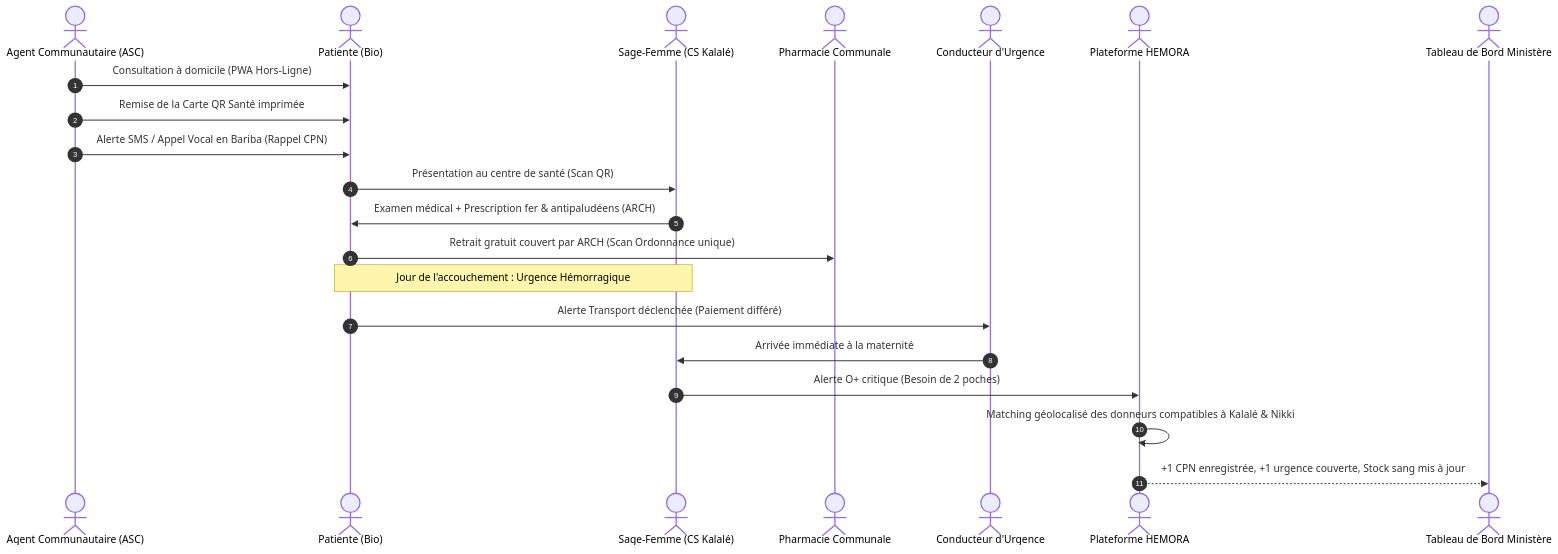
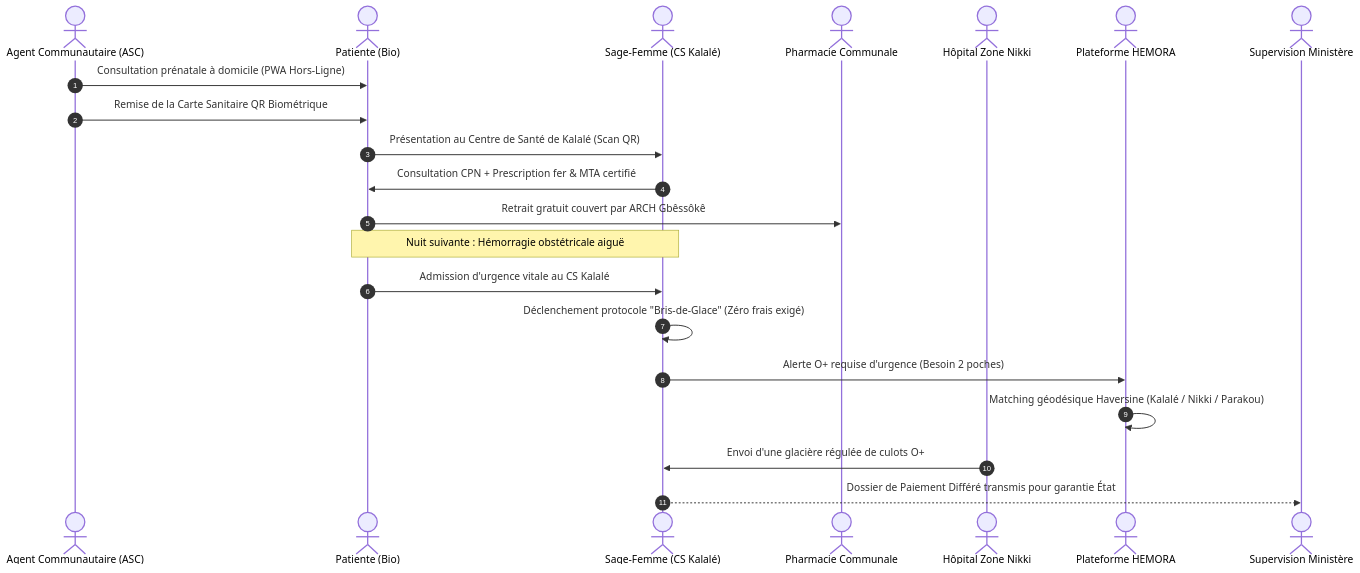
One commit to SAGBO4/BENINVIE changed the diagram in README.md. Above: the diagram before and after it, drawn with Mermaid. The commit also changed other lines of this file, not shown here.

Commit message:
docs(readme): mise à jour exhaustive du README officiel intégrant les 06 Pôles, OpenStreetMap, persistance ACID et conformité APDP

````diff
--- a/README.md
+++ b/README.md
@@ -170,24 +300,24 @@
 ```mermaid
 sequenceDiagram
     autonumber
     actor ASC as Agent Communautaire (ASC)
     actor Bio as Patiente (Bio)
-    actor Doc as Sage-Femme (CS Kalalé)
+    actor SF as Sage-Femme (CS Kalalé)
     actor Pharma as Pharmacie Communale
-    actor Chauffeur as Conducteur d'Urgence
+    actor HZ as Hôpital Zone Nikki
     actor HEMORA as Plateforme HEMORA
-    actor Min as Tableau de Bord Ministère
+    actor Min as Supervision Ministère
 
-    ASC->>Bio: Consultation à domicile (PWA Hors-Ligne)
-    ASC->>Bio: Remise de la Carte QR Santé imprimée
-    ASC->>Bio: Alerte SMS / Appel Vocal en Bariba (Rappel CPN)
-    Bio->>Doc: Présentation au centre de santé (Scan QR)
-    Doc->>Bio: Examen médical + Prescription fer & antipaludéens (ARCH)
-    Bio->>Pharma: Retrait gratuit couvert par ARCH (Scan Ordonnance unique)
-    Note over Bio,Doc: Jour de l'accouchement : Urgence Hémorragique
-    Bio->>Chauffeur: Alerte Transport déclenchée (Paiement différé)
-    Chauffeur->>Doc: Arrivée immédiate à la maternité
-    Doc->>HEMORA: Alerte O+ critique (Besoin de 2 poches)
-    HEMORA->>HEMORA: Matching géolocalisé des donneurs compatibles à Kalalé & Nikki
-    HEMORA-->>Min: +1 CPN enregistrée, +1 urgence couverte, Stock sang mis à jour
+    ASC->>Bio: Consultation prénatale à domicile (PWA Hors-Ligne)
+    ASC->>Bio: Remise de la Carte Sanitaire QR Biométrique
+    Bio->>SF: Présentation au Centre de Santé de Kalalé (Scan QR)
+    SF->>Bio: Consultation CPN + Prescription fer & MTA certifié
+    Bio->>Pharma: Retrait gratuit couvert par ARCH Gbêssôkê
+    Note over Bio,SF: Nuit suivante : Hémorragie obstétricale aiguë
+    Bio->>SF: Admission d'urgence vitale au CS Kalalé
+    SF->>SF: Déclenchement protocole "Bris-de-Glace" (Zéro frais exigé)
+    SF->>HEMORA: Alerte O+ requise d'urgence (Besoin 2 poches)
+    HEMORA->>HEMORA: Matching géodésique Haversine (Kalalé / Nikki / Parakou)
+    HZ->>SF: Envoi d'une glacière régulée de culots O+
+    SF-->>Min: Dossier de Paiement Différé transmis pour garantie État
 ```
````
